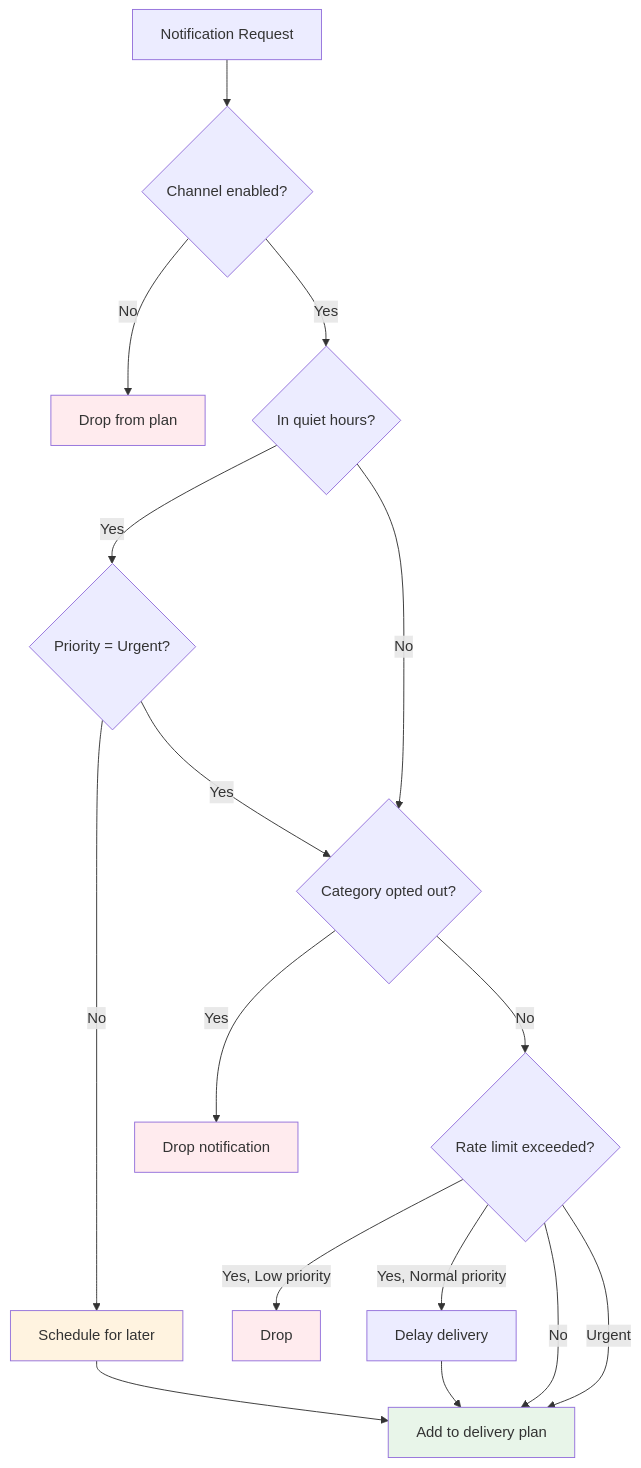
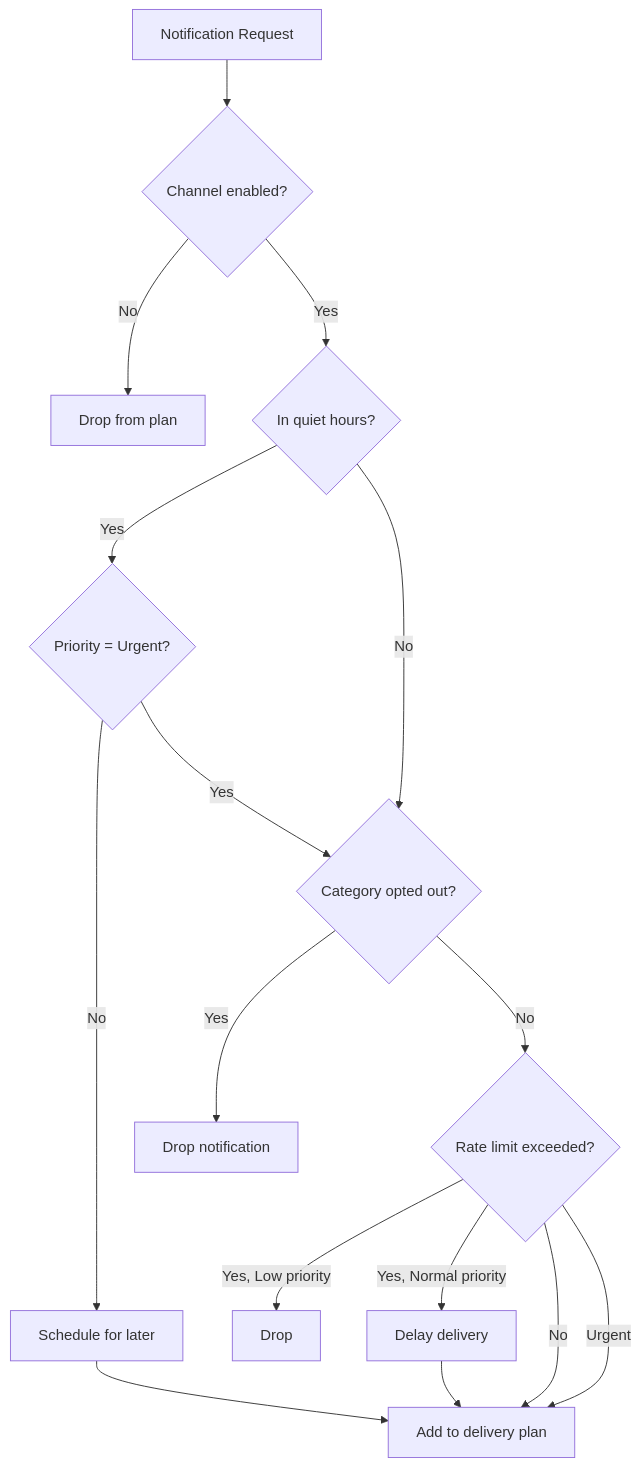
One commit to udaytamma/Cyrus changed the seventh of 9 diagrams in gemini-responses/notification-platform-system-design-20260129-1819.md. Above: the diagram before and after it, drawn with Mermaid. The commit also changed other lines of this file and 8 other files, not shown here.

````diff
--- a/gemini-responses/notification-platform-system-design-20260129-1819.md
+++ b/gemini-responses/notification-platform-system-design-20260129-1819.md
@@ -510,28 +473,22 @@
 ```mermaid
 flowchart TB
     START[Notification Request] --> CHECK_CHANNEL{Channel enabled?}
     CHECK_CHANNEL -->|No| DROP1[Drop from plan]
     CHECK_CHANNEL -->|Yes| CHECK_QUIET{In quiet hours?}
 
     CHECK_QUIET -->|Yes| CHECK_PRIORITY{Priority = Urgent?}
     CHECK_PRIORITY -->|No| SCHEDULE[Schedule for later]
     CHECK_PRIORITY -->|Yes| CHECK_CATEGORY
     CHECK_QUIET -->|No| CHECK_CATEGORY{Category opted out?}
 
     CHECK_CATEGORY -->|Yes| DROP2[Drop notification]
     CHECK_CATEGORY -->|No| CHECK_RATE{Rate limit exceeded?}
 
     CHECK_RATE -->|Yes, Low priority| DROP3[Drop]
     CHECK_RATE -->|Yes, Normal priority| DELAY[Delay delivery]
     CHECK_RATE -->|No| DELIVER[Add to delivery plan]
     CHECK_RATE -->|Urgent| DELIVER
 
     SCHEDULE --> DELIVER
     DELAY --> DELIVER
-
-    style DROP1 fill:#ffebee
-    style DROP2 fill:#ffebee
-    style DROP3 fill:#ffebee
-    style DELIVER fill:#e8f5e9
-    style SCHEDULE fill:#fff3e0
 ```
````
